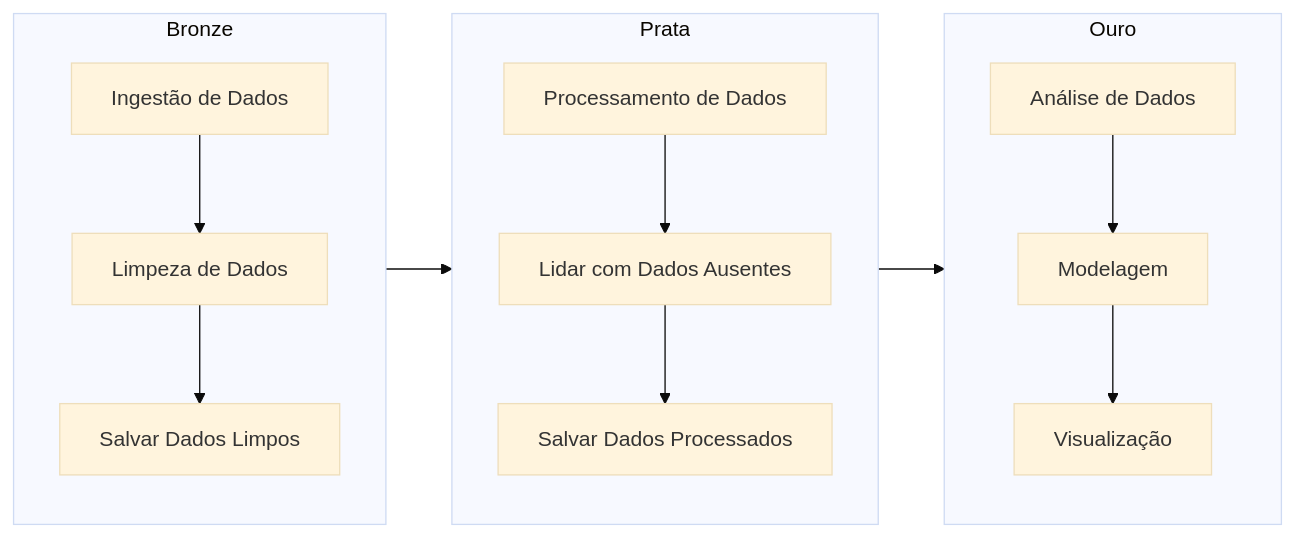
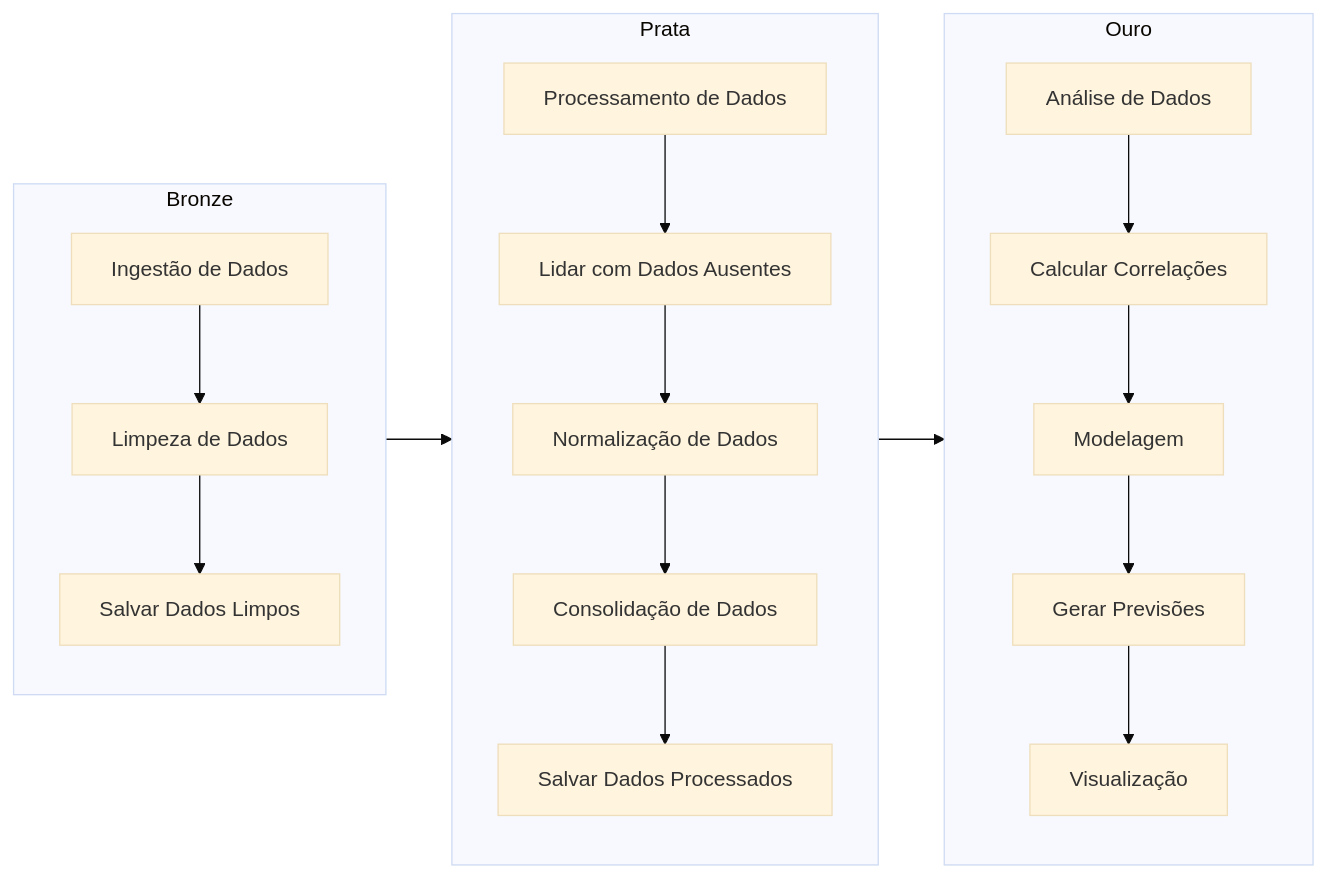
The diagram in challenges/2_ibov/README.md (kilerhg/Postech), drawn with Mermaid (base theme) before and after one commit.

Commit message:
docs(2_ibov): insert more details in mermaid graph

````diff
--- a/challenges/2_ibov/README.md
+++ b/challenges/2_ibov/README.md
@@ -7,26 +7,30 @@
 ```mermaid
 graph LR
 
     subgraph Bronze
         A1[Ingestão de Dados]
         A2[Limpeza de Dados]
         A3[Salvar Dados Limpos]
         A1 --> A2 --> A3
     end
 
     subgraph Prata
         B1[Processamento de Dados]
         B2[Lidar com Dados Ausentes]
-        B3[Salvar Dados Processados]
-        B1 --> B2 --> B3
+        B3[Normalização de Dados]
+        B4[Consolidação de Dados]
+        B5[Salvar Dados Processados]
+        B1 --> B2 --> B3 --> B4 --> B5
     end
 
     subgraph Ouro
         C1[Análise de Dados]
-        C2[Modelagem]
-        C3[Visualização]
-        C1 --> C2 --> C3
+        C2[Calcular Correlações]
+        C3[Modelagem]
+        C4[Gerar Previsões]
+        C5[Visualização]
+        C1 --> C2 --> C3 --> C4 --> C5
     end
 
     Bronze --> Prata --> Ouro
 ```
````
